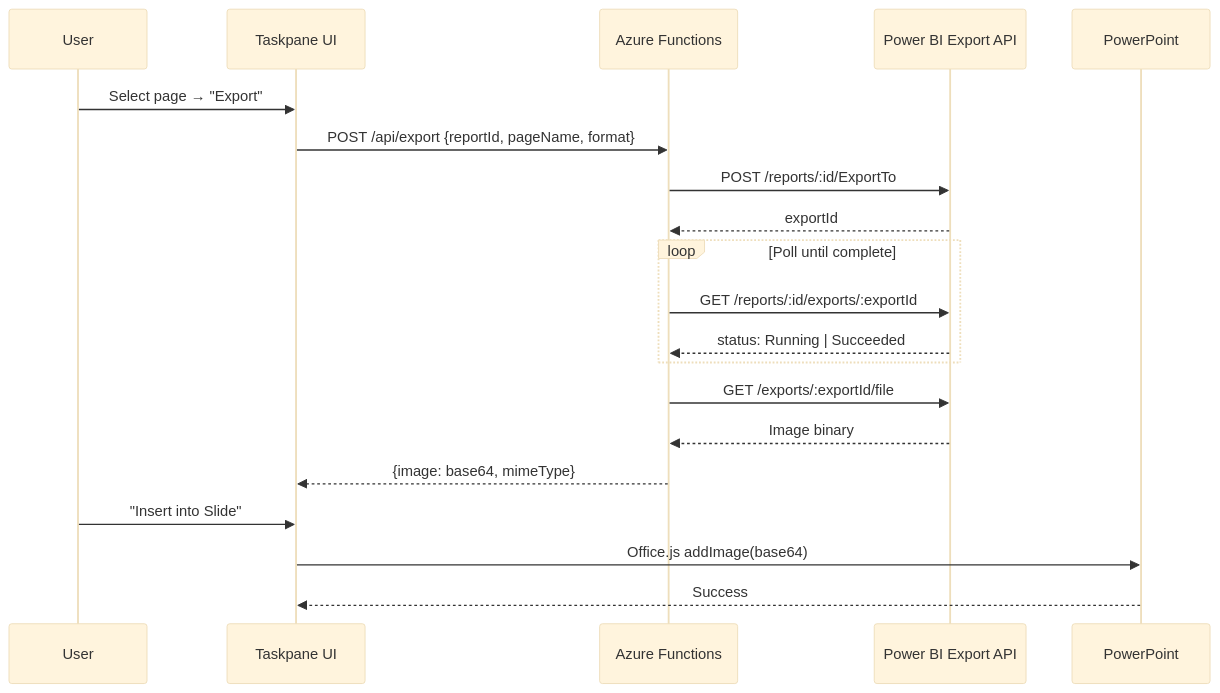
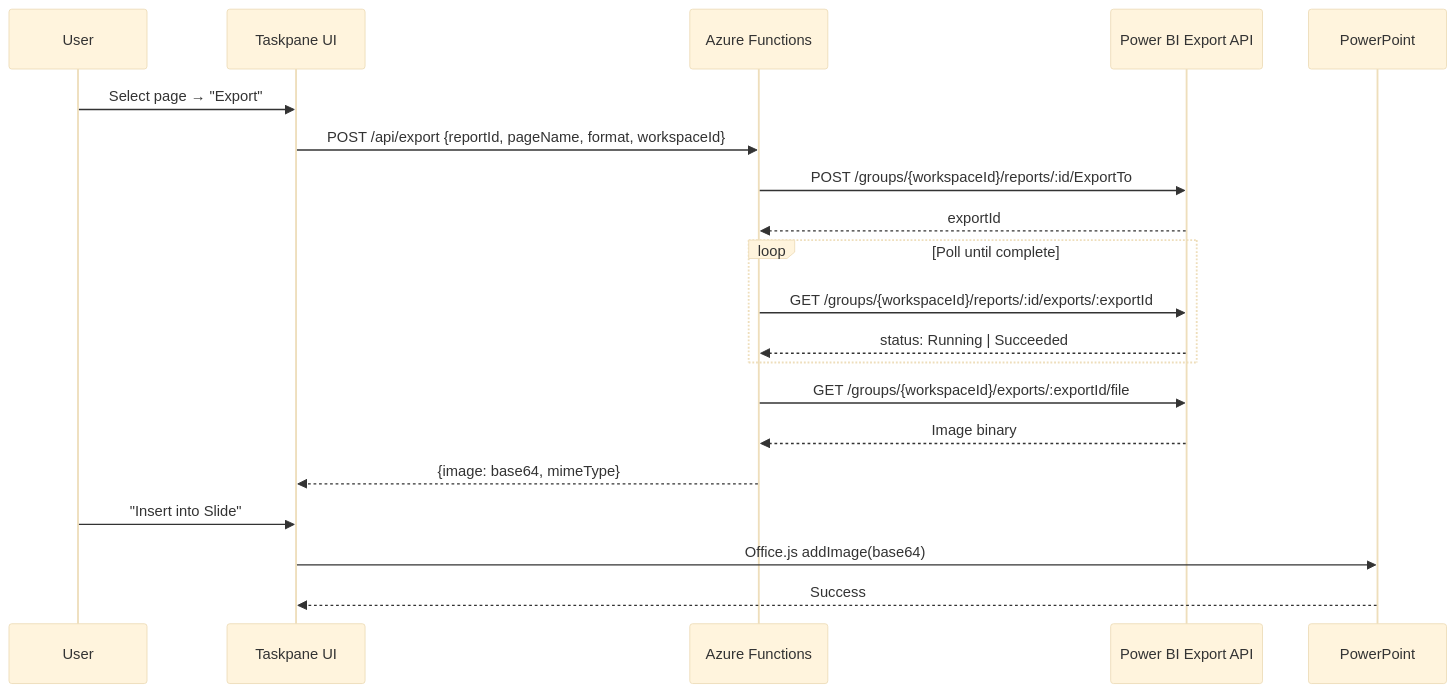
The fifth of 7 diagrams in docs/architecture.md (fredgis/OfficeAddin), drawn with Mermaid before and after one commit. The commit also changed other lines of this file and 6 other files, not shown here.

````diff
--- a/docs/architecture.md
+++ b/docs/architecture.md
@@ -243,27 +243,27 @@
 ```mermaid
 %%{init: {'theme': 'base'}}%%
 sequenceDiagram
     participant User
     participant UI as Taskpane UI
     participant API as Azure Functions
     participant PBI as Power BI Export API
     participant PPT as PowerPoint
 
     User->>UI: Select page → "Export"
-    UI->>API: POST /api/export {reportId, pageName, format}
-    API->>PBI: POST /reports/:id/ExportTo
+    UI->>API: POST /api/export {reportId, pageName, format, workspaceId}
+    API->>PBI: POST /groups/{workspaceId}/reports/:id/ExportTo
     PBI-->>API: exportId
 
     loop Poll until complete
-        API->>PBI: GET /reports/:id/exports/:exportId
+        API->>PBI: GET /groups/{workspaceId}/reports/:id/exports/:exportId
         PBI-->>API: status: Running | Succeeded
     end
 
-    API->>PBI: GET /exports/:exportId/file
+    API->>PBI: GET /groups/{workspaceId}/exports/:exportId/file
     PBI-->>API: Image binary
     API-->>UI: {image: base64, mimeType}
 
     User->>UI: "Insert into Slide"
     UI->>PPT: Office.js addImage(base64)
     PPT-->>UI: Success
 ```
````
